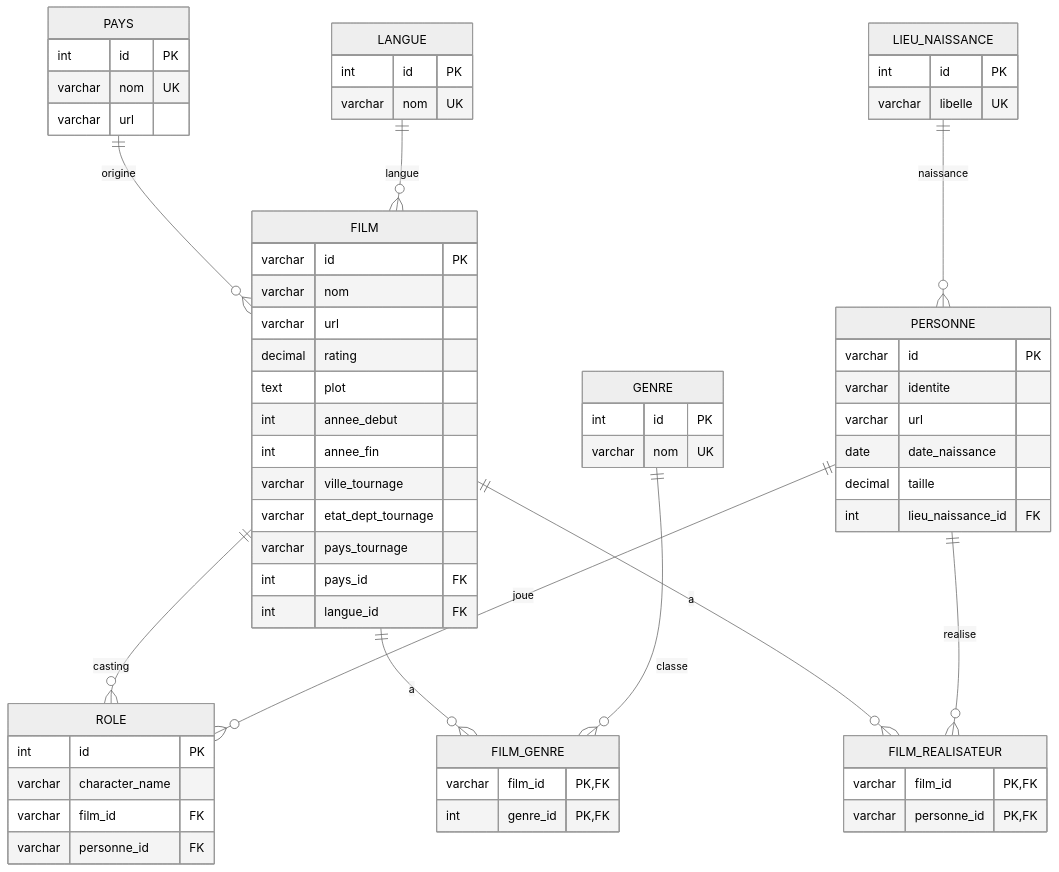
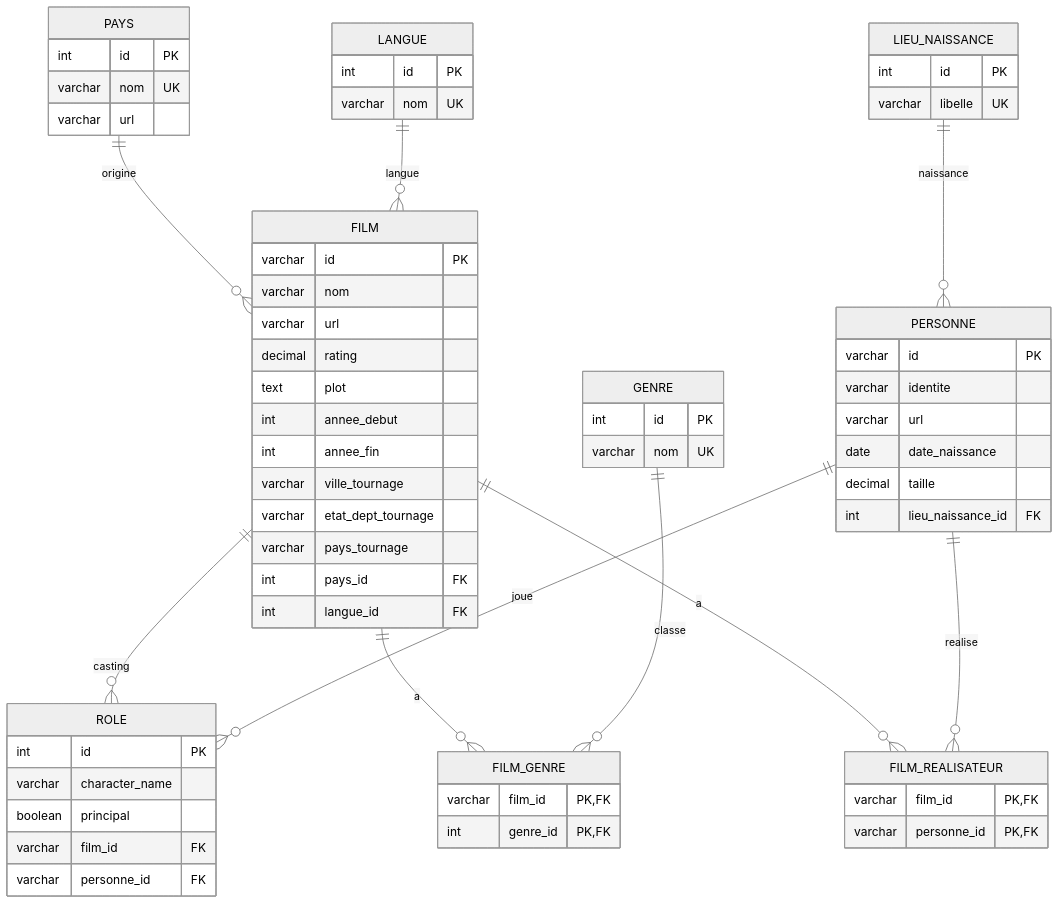
Before and after one commit to malauzet/projet-jpa: the second of 2 diagrams in conception/document_conception.md, drawn with Mermaid (neutral theme). The commit also changed other lines of this file, not shown here.

Commit message:
Ajout du castingPrincipal dans le document_conception.md

````diff
--- a/conception/document_conception.md
+++ b/conception/document_conception.md
@@ -90,77 +91,78 @@
 ```mermaid
 erDiagram
     FILM {
         varchar id PK
         varchar nom
         varchar url
         decimal rating
         text plot
         int annee_debut
         int annee_fin
         varchar ville_tournage
         varchar etat_dept_tournage
         varchar pays_tournage
         int pays_id FK
         int langue_id FK
     }
 
     PAYS {
         int id PK
         varchar nom UK
         varchar url
     }
 
     LANGUE {
         int id PK
         varchar nom UK
     }
 
     GENRE {
         int id PK
         varchar nom UK
     }
 
     PERSONNE {
         varchar id PK
         varchar identite
         varchar url
         date date_naissance
         decimal taille
         int lieu_naissance_id FK
     }
 
     LIEU_NAISSANCE {
         int id PK
         varchar libelle UK
     }
 
     ROLE {
         int id PK
         varchar character_name
+        boolean principal
         varchar film_id FK
         varchar personne_id FK
     }
 
     FILM_GENRE {
         varchar film_id PK,FK
         int genre_id PK,FK
     }
 
     FILM_REALISATEUR {
         varchar film_id PK,FK
         varchar personne_id PK,FK
     }
 
     PAYS ||--o{ FILM : origine
     LANGUE ||--o{ FILM : langue
     LIEU_NAISSANCE ||--o{ PERSONNE : naissance
 
     FILM ||--o{ ROLE : casting
     PERSONNE ||--o{ ROLE : joue
 
     FILM ||--o{ FILM_GENRE : a
     GENRE ||--o{ FILM_GENRE : classe
 
     FILM ||--o{ FILM_REALISATEUR : a
     PERSONNE ||--o{ FILM_REALISATEUR : realise
 ```
````
